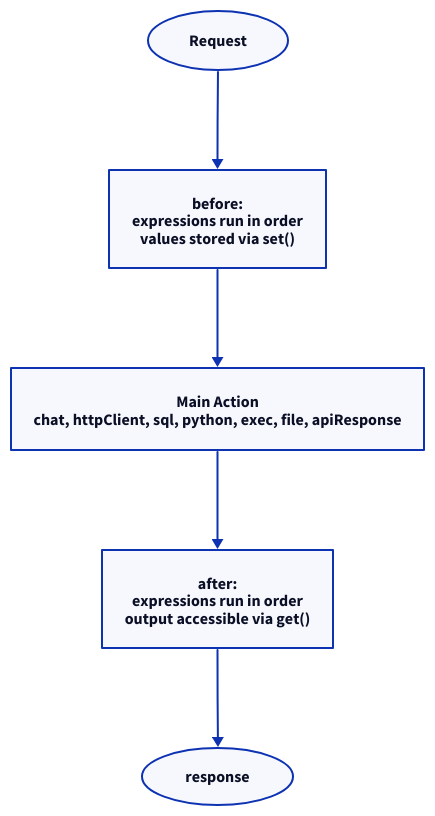
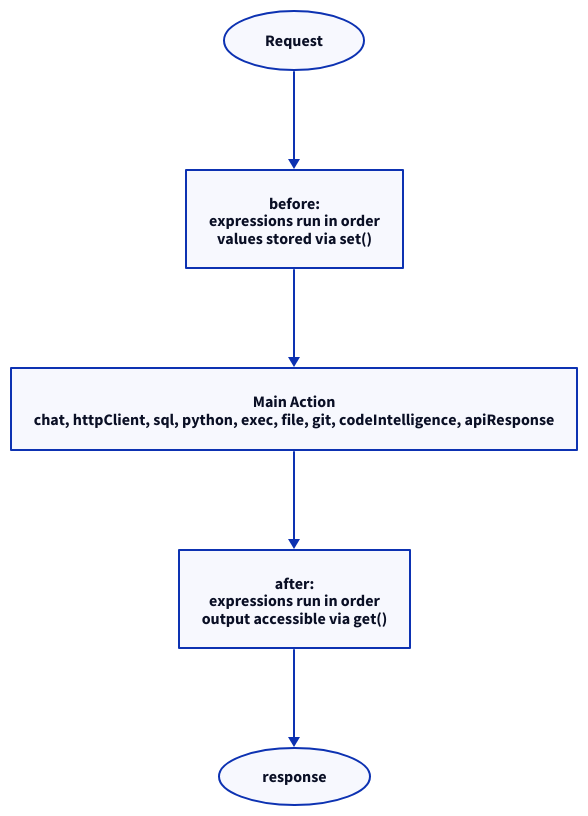
The diagram in docs/v2/reference/expr-blocks.md (kdeps/kdeps), drawn with D2 before and after one commit. The commit also changed 28 other files, not shown here.

Commit message:
docs: add git and codeIntelligence resource docs, update cross-references and rename agent-mode to agent-loop-mode

````diff
--- a/docs/v2/reference/expr-blocks.md
+++ b/docs/v2/reference/expr-blocks.md
@@ -105,11 +105,11 @@
 ```d2
 direction: down
 
 A: Request {shape: oval}
 B: "before:\nexpressions run in order\nvalues stored via set()"
-C: "Main Action\nchat, httpClient, sql, python, exec, file, apiResponse"
+C: "Main Action\nchat, httpClient, sql, python, exec, file, git, codeIntelligence, apiResponse"
 D: "after:\nexpressions run in order\noutput accessible via get()"
 E: response {shape: oval}
 
 A -> B -> C -> D -> E
 ```
````
